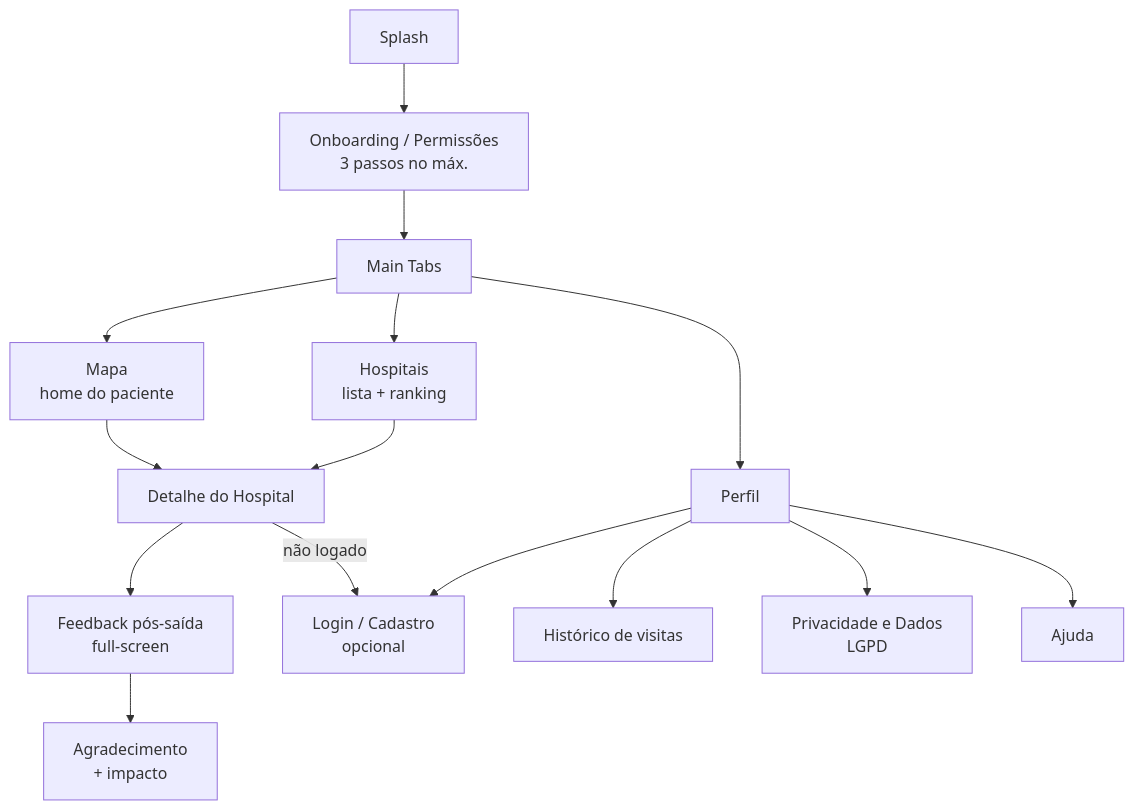
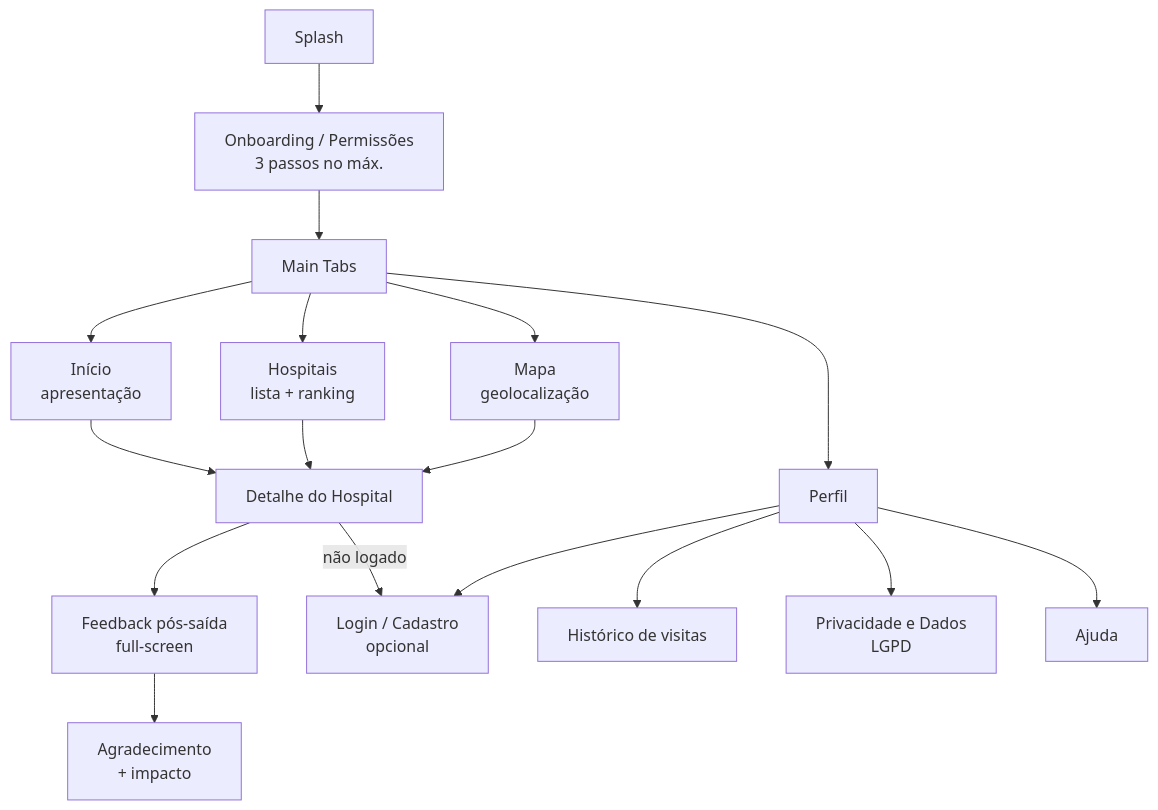
The third of 5 diagrams in Documentos/03-ui-ux/Padrao-UI-UX-v2.0.md (GabrielVogado/saude-monitor), drawn with Mermaid before and after one commit. The commit also changed other lines of this file and 4 other files, not shown here.

````diff
--- a/Documentos/03-ui-ux/Padrao-UI-UX-v2.0.md
+++ b/Documentos/03-ui-ux/Padrao-UI-UX-v2.0.md
@@ -176,17 +176,19 @@
 ```mermaid
 flowchart TD
     SPL[Splash] --> ONB[Onboarding / Permissões<br/>3 passos no máx.]
     ONB --> MAIN[Main Tabs]
-    MAIN --> MAPA[Mapa<br/>home do paciente]
+    MAIN --> INI[Início<br/>apresentação]
     MAIN --> HOSP[Hospitais<br/>lista + ranking]
+    MAIN --> MAPA[Mapa<br/>geolocalização]
     MAIN --> PERF[Perfil]
-    MAPA --> DET[Detalhe do Hospital]
+    INI --> DET[Detalhe do Hospital]
     HOSP --> DET
+    MAPA --> DET
     DET --> FB[Feedback pós-saída<br/>full-screen]
     FB --> AGR[Agradecimento<br/>+ impacto]
     PERF --> LOGIN[Login / Cadastro<br/>opcional]
     PERF --> HIST[Histórico de visitas]
     PERF --> PRIV[Privacidade e Dados<br/>LGPD]
     PERF --> AJUDA[Ajuda]
     DET -->|não logado| LOGIN
 ```
````
